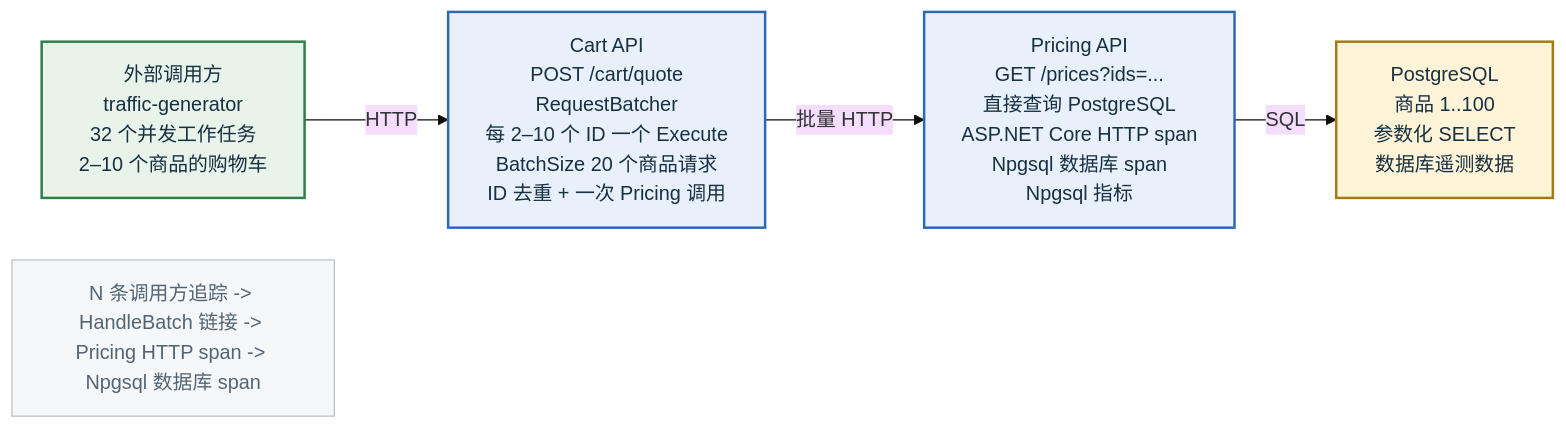
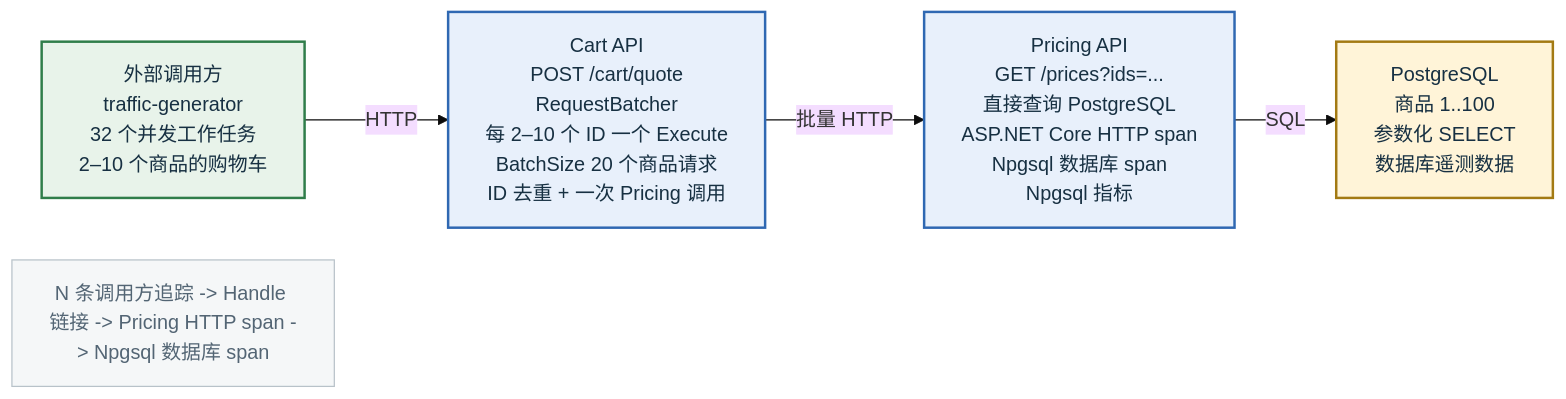
Before and after one commit to eventhorizon-cli/RequestBatcher: the diagram in samples/RequestBatcher.Observability/business-flow.zh-CN.mmd, drawn with Mermaid (base theme). The commit also changed 86 other files, not shown here.

```diff
--- a/samples/RequestBatcher.Observability/business-flow.zh-CN.mmd
+++ b/samples/RequestBatcher.Observability/business-flow.zh-CN.mmd
@@ -1,20 +1,20 @@
 flowchart LR
     client["外部调用方<br/>traffic-generator<br/>32 个并发工作任务<br/>2–10 个商品的购物车"]
     cart["Cart API<br/>POST /cart/quote<br/>RequestBatcher<br/>每 2–10 个 ID 一个 Execute<br/>BatchSize 20 个商品请求<br/>ID 去重 + 一次 Pricing 调用"]
     pricing["Pricing API<br/>GET /prices?ids=...<br/>直接查询 PostgreSQL<br/>ASP.NET Core HTTP span<br/>Npgsql 数据库 span<br/>Npgsql 指标"]
     postgres["PostgreSQL<br/>商品 1..100<br/>参数化 SELECT<br/>数据库遥测数据"]
 
     client -->|HTTP| cart
     cart -->|批量 HTTP| pricing
     pricing -->|SQL| postgres
 
-    flow["N 条调用方追踪 -> HandleBatch 链接 -> Pricing HTTP span -> Npgsql 数据库 span"]
+    flow["N 条调用方追踪 -> Handle 链接 -> Pricing HTTP span -> Npgsql 数据库 span"]
 
     classDef clientStyle fill:#e8f3ea,stroke:#2f7d4a,stroke-width:2px,color:#173042
     classDef apiStyle fill:#e8f0fb,stroke:#2f68b2,stroke-width:2px,color:#173042
     classDef dataStyle fill:#fff4d8,stroke:#a37a13,stroke-width:2px,color:#173042
     classDef noteStyle fill:#f5f7f8,stroke:#b8c2c9,color:#536574
     class client clientStyle
     class cart,pricing apiStyle
     class postgres dataStyle
     class flow noteStyle
```
